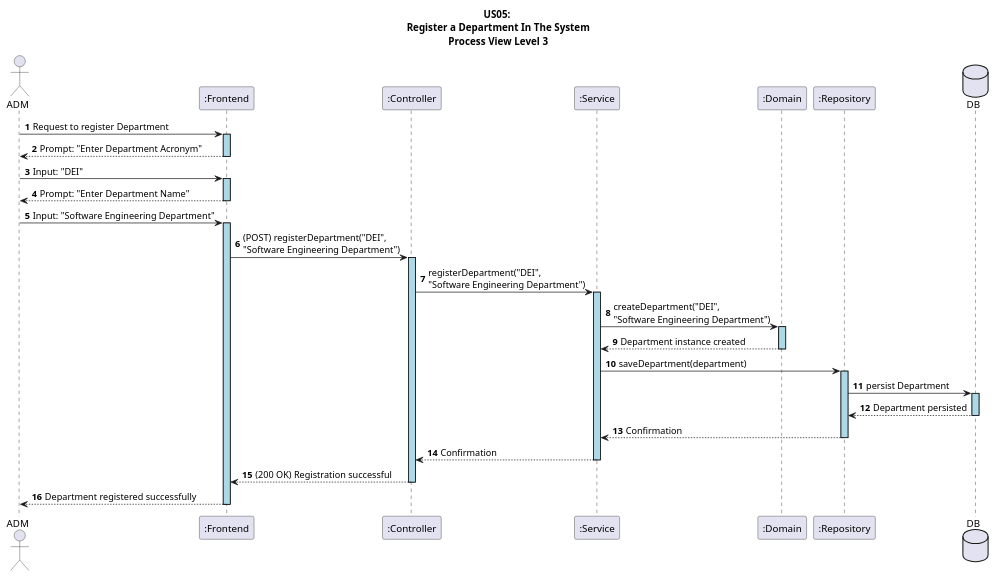
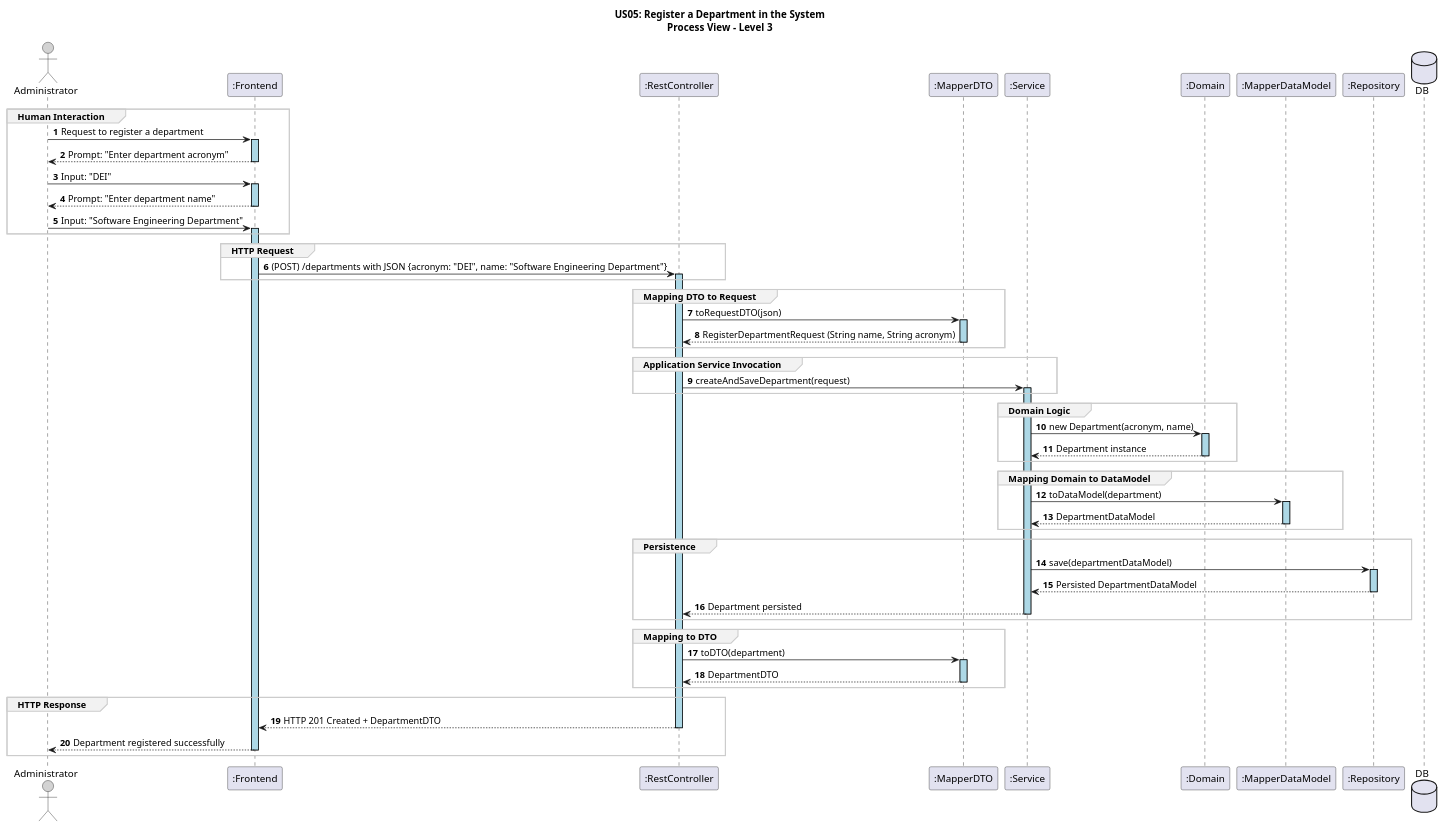
One commit to GasparISEP/DevOps-PAI changed the diagram in docs/US05/sprint6_RestAPI/ProcessView/US05_RestAPI_ProcessView_Level3.puml. Above: the diagram before and after it, drawn with PlantUML. The commit also changed 1 other file, not shown here.

Commit message:
doc: refactor Levels 3 & 4 ProcessView diagrams to Department Registration documentation files (refs #500, refs #575)

```diff
--- a/docs/US05/sprint6_RestAPI/ProcessView/US05_RestAPI_ProcessView_Level3.puml
+++ b/docs/US05/sprint6_RestAPI/ProcessView/US05_RestAPI_ProcessView_Level3.puml
@@ -1,37 +1,72 @@
 @startuml
 autonumber
 
 skinparam sequence {
-   LifelineBorderColor black
-   LifelineBackgroundColor LightBlue
- }
+    LifelineBorderColor black
+    LifelineBackgroundColor LightBlue
+    ActorBorderColor black
+    ActorBackgroundColor LightGray
+    GroupBorderColor #cccccc
+    GroupBackgroundColor #f2f2f2
+}
 
-title US05:\n Register a Department In The System\n Process View Level 3
-actor ADM
+title US05: Register a Department in the System\nProcess View – Level 3
+
+actor ADM as "Administrator"
 participant ":Frontend" as FE
-participant ":Controller" as CT
+participant ":RestController" as CT
+participant ":MapperDTO" as MP
 participant ":Service" as SE
 participant ":Domain" as DM
+participant ":MapperDataModel" as MDM
 participant ":Repository" as RE
 database DB
 
+group Human Interaction
+ADM -> FE ++: Request to register a department
+FE --> ADM --: Prompt: "Enter department acronym"
+ADM -> FE ++: Input: "DEI"
+FE --> ADM --: Prompt: "Enter department name"
+ADM -> FE ++: Input: "Software Engineering Department"
+end group
 
-ADM -> FE ++: Request to register Department
-FE --> ADM --: Prompt: "Enter Department Acronym"
-ADM -> FE ++: Input: "DEI"
-FE --> ADM --: Prompt: "Enter Department Name"
-ADM -> FE ++: Input: "Software Engineering Department"
+group HTTP Request
+FE -> CT ++: (POST) /departments with JSON {acronym: "DEI", name: "Software Engineering Department"}
+end group
 
-FE -> CT ++: (POST) registerDepartment("DEI", \n"Software Engineering Department")
-CT -> SE ++: registerDepartment("DEI", \n"Software Engineering Department")
-SE -> DM ++: createDepartment("DEI", \n"Software Engineering Department")
-DM --> SE --: Department instance created
-SE -> RE ++: saveDepartment(department)
-RE -> DB ++: persist Department
-DB --> RE --: Department persisted
-RE --> SE --: Confirmation
-SE --> CT --: Confirmation
-CT --> FE --: (200 OK) Registration successful
+group Mapping DTO to Request
+CT -> MP ++: toRequestDTO(json)
+MP --> CT --: RegisterDepartmentRequest (String name, String acronym)
+end group
+
+group Application Service Invocation
+CT -> SE ++: createAndSaveDepartment(request)
+end group
+
+group Domain Logic
+SE -> DM ++: new Department(acronym, name)
+DM --> SE --: Department instance
+end group
+
+group Mapping Domain to DataModel
+SE -> MDM ++: toDataModel(department)
+MDM --> SE --: DepartmentDataModel
+end group
+
+group Persistence
+SE -> RE ++: save(departmentDataModel)
+RE --> SE --: Persisted DepartmentDataModel
+SE --> CT --: Department persisted
+end group
+
+group Mapping to DTO
+CT -> MP ++: toDTO(department)
+MP --> CT --: DepartmentDTO
+end group
+
+group HTTP Response
+CT --> FE --: HTTP 201 Created + DepartmentDTO
 FE --> ADM --: Department registered successfully
+end group
 
 @enduml
```
